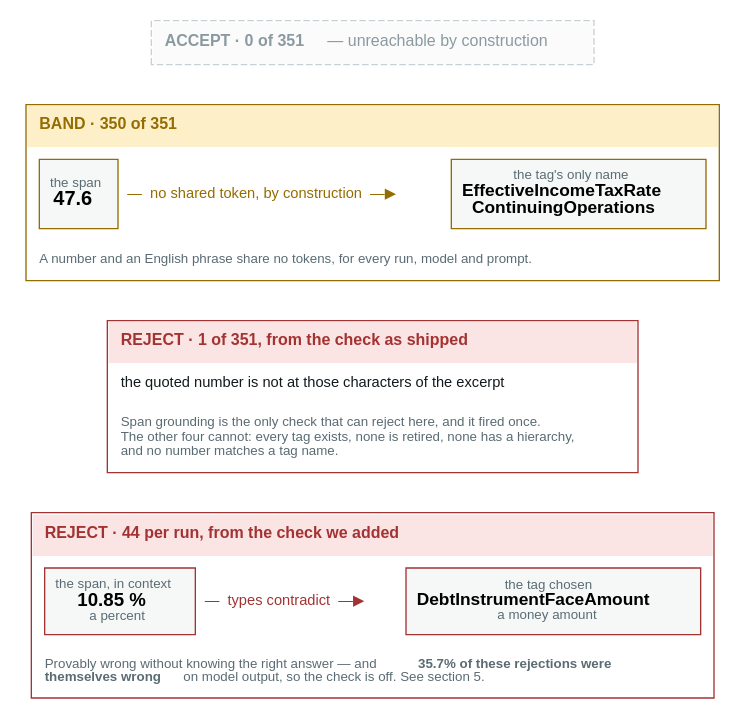
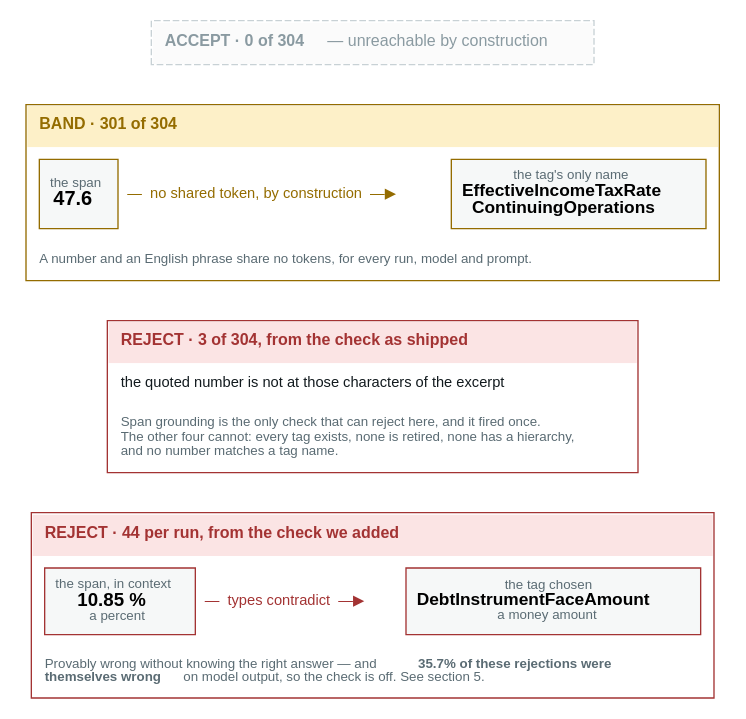
The diagram in docs/figures/fig4b-accept-finer.dot (wbagais/reliability-ladder), drawn with Graphviz before and after one commit. The commit also changed 19 other files, not shown here.

Commit message:
Article: every number and every figure re-derived from the base run; remaining historical figures labelled with their source

```diff
--- a/docs/figures/fig4b-accept-finer.dot
+++ b/docs/figures/fig4b-accept-finer.dot
@@ -1,47 +1,47 @@
 // What rung 1's verdicts look like on FiNER. ACCEPT is unreachable, so the two
 // live panels are BAND and REJECT — the mirror of the CADEC figure, where
 // REJECT is the empty one.
 //
-// BAND: the universal case, 350 of 351. REJECT: 1 record, and span grounding is
+// BAND: the universal case, 301 of 304 (rerun-finer-d0). REJECT: 3 records, and span grounding is
 // the only check that can produce one here. The shape is shown rather than a
 // quoted record — the single rejection's text was not recorded, and data/finer
 // is in no checkout to recover it. The second REJECT panel shows the added type
 // check, whose fact is the one rung 2 was actually handed (decisions 2026-09-02).
 digraph accept_finer {
   rankdir=TB; bgcolor="white"; nodesep=0.28; ranksep=0.30;
   node [shape=none fontname="Helvetica" fontsize=12];
 
   acc [label=<<TABLE BORDER="1" CELLBORDER="0" CELLSPACING="0" CELLPADDING="9" COLOR="#c8d1d5" STYLE="dashed">
-    <TR><TD ALIGN="LEFT" BGCOLOR="#fbfbfb"><FONT POINT-SIZE="12" COLOR="#8a9aa1"><B>ACCEPT &#183; 0 of 351</B> &#8212; unreachable by construction</FONT></TD></TR>
+    <TR><TD ALIGN="LEFT" BGCOLOR="#fbfbfb"><FONT POINT-SIZE="12" COLOR="#8a9aa1"><B>ACCEPT &#183; 0 of 304</B> &#8212; unreachable by construction</FONT></TD></TR>
     </TABLE>>];
 
   band [label=<<TABLE BORDER="1" CELLBORDER="0" CELLSPACING="0" CELLPADDING="9" COLOR="#946c00">
-    <TR><TD ALIGN="LEFT" BGCOLOR="#fdf0c8"><FONT POINT-SIZE="12" COLOR="#946c00"><B>BAND · 350 of 351</B></FONT></TD></TR>
+    <TR><TD ALIGN="LEFT" BGCOLOR="#fdf0c8"><FONT POINT-SIZE="12" COLOR="#946c00"><B>BAND · 301 of 304</B></FONT></TD></TR>
     <TR><TD ALIGN="LEFT" BGCOLOR="#ffffff"><TABLE BORDER="0" CELLBORDER="1" CELLSPACING="0" CELLPADDING="7">
       <TR>
         <TD BGCOLOR="#f6f8f8"><FONT POINT-SIZE="10.5" COLOR="#5a6b73">the span</FONT><BR/><FONT POINT-SIZE="15"><B>47.6</B></FONT></TD>
         <TD BORDER="0"><FONT POINT-SIZE="11" COLOR="#946c00"> &#8212;  no shared token, by construction  &#8212;&#9654; </FONT></TD>
         <TD BGCOLOR="#f6f8f8"><FONT POINT-SIZE="10.5" COLOR="#5a6b73">the tag's only name</FONT><BR/><FONT POINT-SIZE="13"><B>EffectiveIncomeTaxRate<BR/>ContinuingOperations</B></FONT></TD>
       </TR></TABLE></TD></TR>
     <TR><TD ALIGN="LEFT" BGCOLOR="#ffffff"><FONT POINT-SIZE="10.5" COLOR="#5a6b73">A number and an English phrase share no tokens, for every run, model and prompt.</FONT></TD></TR>
     </TABLE>>];
 
   rej [label=<<TABLE BORDER="1" CELLBORDER="0" CELLSPACING="0" CELLPADDING="9" COLOR="#a33333">
-    <TR><TD ALIGN="LEFT" BGCOLOR="#fbe4e4"><FONT POINT-SIZE="12" COLOR="#a33333"><B>REJECT · 1 of 351, from the check as shipped</B></FONT></TD></TR>
+    <TR><TD ALIGN="LEFT" BGCOLOR="#fbe4e4"><FONT POINT-SIZE="12" COLOR="#a33333"><B>REJECT · 3 of 304, from the check as shipped</B></FONT></TD></TR>
     <TR><TD ALIGN="LEFT" BGCOLOR="#ffffff"><FONT POINT-SIZE="11.5" COLOR="#121a1e">the quoted number is not at those characters of the excerpt</FONT></TD></TR>
     <TR><TD ALIGN="LEFT" BGCOLOR="#ffffff"><FONT POINT-SIZE="10.5" COLOR="#5a6b73">Span grounding is the only check that can reject here, and it fired once.<BR ALIGN="LEFT"/>The other four cannot: every tag exists, none is retired, none has a hierarchy,<BR ALIGN="LEFT"/>and no number matches a tag name.</FONT><BR ALIGN="LEFT"/></TD></TR>
     </TABLE>>];
 
   rej2 [label=<<TABLE BORDER="1" CELLBORDER="0" CELLSPACING="0" CELLPADDING="9" COLOR="#a33333">
     <TR><TD ALIGN="LEFT" BGCOLOR="#fbe4e4"><FONT POINT-SIZE="12" COLOR="#a33333"><B>REJECT · 44 per run, from the check we added</B></FONT></TD></TR>
     <TR><TD ALIGN="LEFT" BGCOLOR="#ffffff"><TABLE BORDER="0" CELLBORDER="1" CELLSPACING="0" CELLPADDING="7">
       <TR>
         <TD BGCOLOR="#f6f8f8"><FONT POINT-SIZE="10.5" COLOR="#5a6b73">the span, in context</FONT><BR/><FONT POINT-SIZE="14"><B>10.85 %</B></FONT><BR/><FONT POINT-SIZE="10.5" COLOR="#5a6b73">a percent</FONT></TD>
         <TD BORDER="0"><FONT POINT-SIZE="11" COLOR="#a33333"> &#8212;  types contradict  &#8212;&#9654; </FONT></TD>
         <TD BGCOLOR="#f6f8f8"><FONT POINT-SIZE="10.5" COLOR="#5a6b73">the tag chosen</FONT><BR/><FONT POINT-SIZE="13"><B>DebtInstrumentFaceAmount</B></FONT><BR/><FONT POINT-SIZE="10.5" COLOR="#5a6b73">a money amount</FONT></TD>
       </TR></TABLE></TD></TR>
     <TR><TD ALIGN="LEFT" BGCOLOR="#ffffff"><FONT POINT-SIZE="10.5" COLOR="#5a6b73">Provably wrong without knowing the right answer &#8212; and <B>35.7% of these rejections were</B><BR ALIGN="LEFT"/><B>themselves wrong</B> on model output, so the check is off. See section 5.</FONT><BR ALIGN="LEFT"/></TD></TR>
     </TABLE>>];
 
   acc -> band [style=invis]; band -> rej [style=invis]; rej -> rej2 [style=invis];
 }
```
